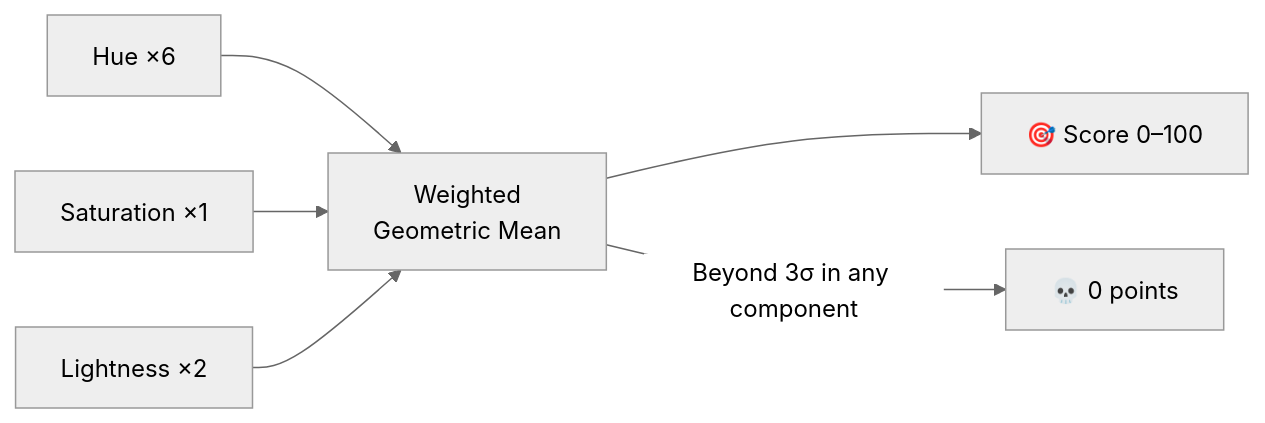
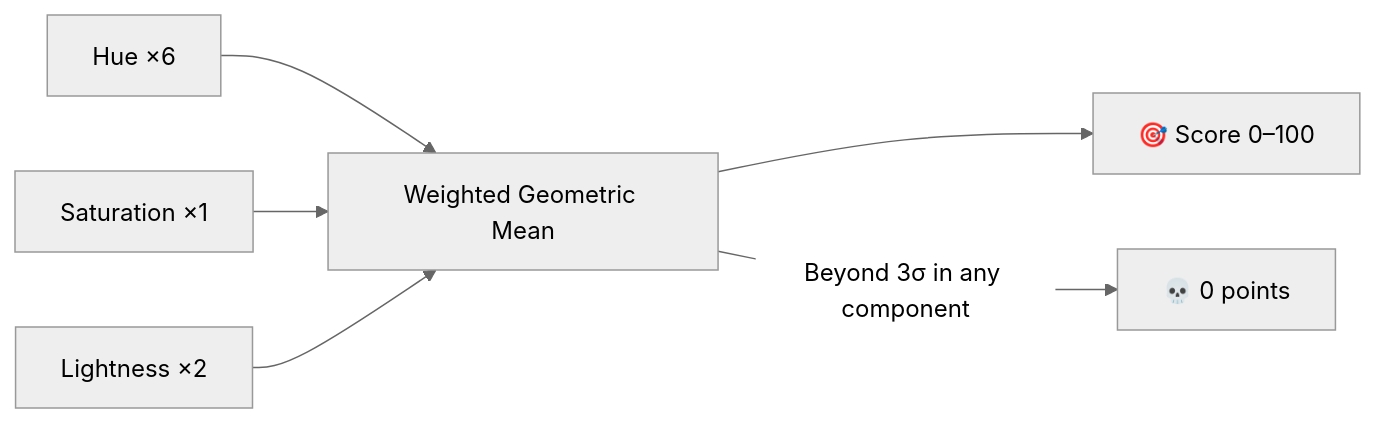
One commit to mcteamster/rgb changed the fourth of 7 diagrams in docs/demo-guide.md. Above: the diagram before and after it, drawn with Mermaid (neutral theme). The commit also changed other lines of this file, not shown here.

Commit message:
docs: fix Mermaid line breaks, correct color wheel description, add bicone image

````diff
--- a/docs/demo-guide.md
+++ b/docs/demo-guide.md
@@ -79,8 +85,8 @@
 ```mermaid
 flowchart LR
-  H["Hue ×6"] --> WGM["Weighted\nGeometric Mean"]
+  H["Hue ×6"] --> WGM["Weighted Geometric Mean"]
   S["Saturation ×1"] --> WGM
   L["Lightness ×2"] --> WGM
   WGM --> Score["🎯 Score 0–100"]
   WGM -->|"Beyond 3σ in any component"| Zero["💀 0 points"]
 ```
````
